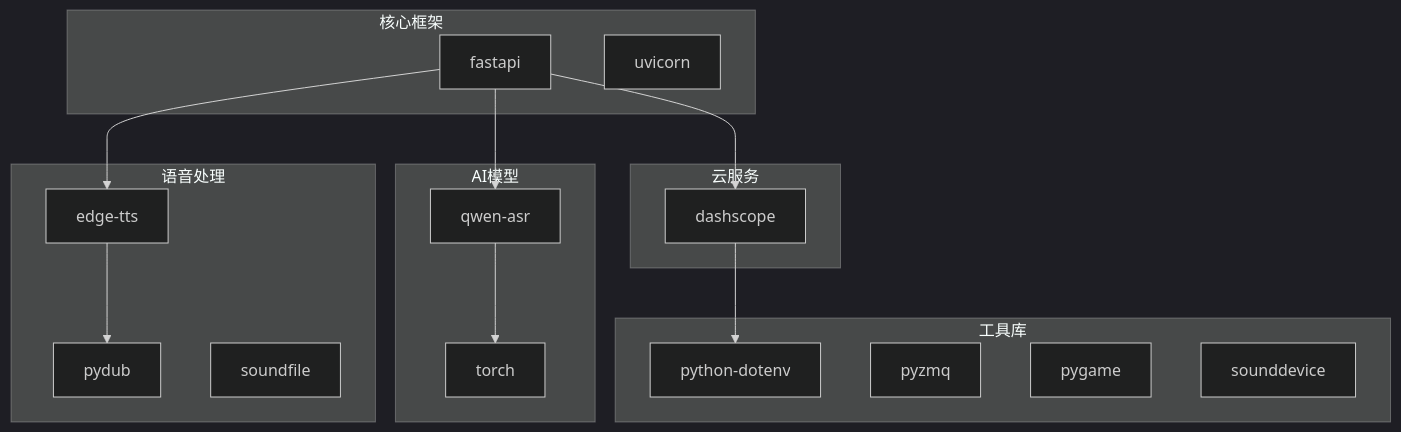
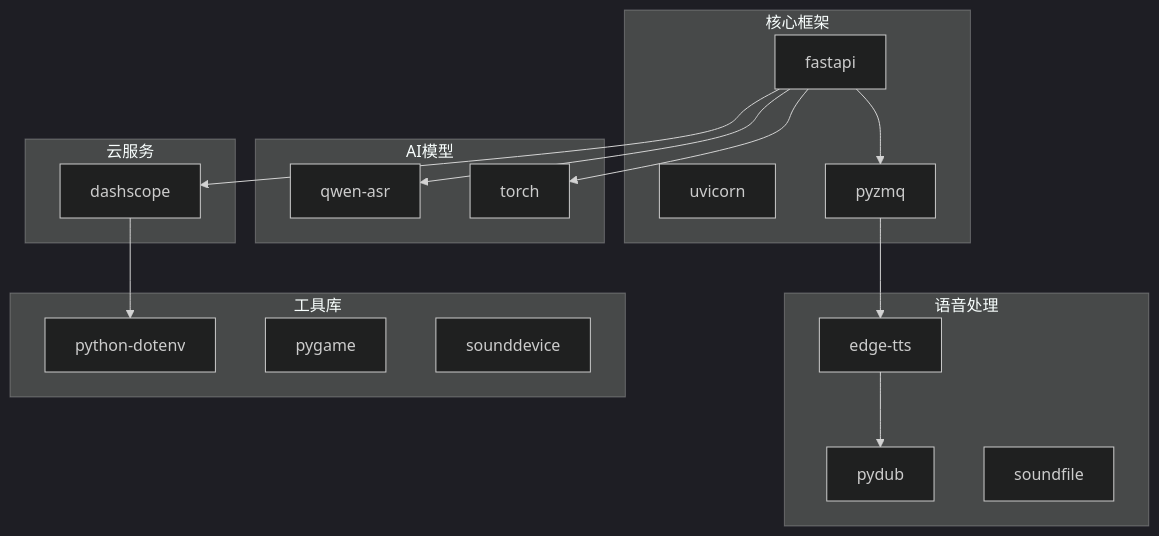
Before and after one commit to 1024dashen/Vue3Speech: the ninth of 10 diagrams in .qoder/repowiki/zh/content/后端服务架构/FastAPI服务设计.md, drawn with Mermaid (dark theme). The commit also changed other lines of this file and 15 other files, not shown here.

````diff
--- a/.qoder/repowiki/zh/content/后端服务架构/FastAPI服务设计.md
+++ b/.qoder/repowiki/zh/content/后端服务架构/FastAPI服务设计.md
@@ -356,31 +454,32 @@
 ```mermaid
 graph TB
 subgraph "核心框架"
 A[fastapi]
 B[uvicorn]
+C[pyzmq]
 end
 subgraph "AI模型"
-C[qwen-asr]
-D[torch]
+D[qwen-asr]
+E[torch]
 end
 subgraph "语音处理"
-E[edge-tts]
-F[pydub]
-G[soundfile]
+F[edge-tts]
+G[pydub]
+H[soundfile]
 end
 subgraph "云服务"
-H[dashscope]
+I[dashscope]
 end
 subgraph "工具库"
-I[python-dotenv]
-J[pyzmq]
+J[python-dotenv]
 K[pygame]
 L[sounddevice]
 end
 A --> C
-A --> H
+A --> D
+A --> I
 A --> E
-C --> D
-E --> F
-H --> I
+C --> F
+F --> G
+I --> J
 ```
````
